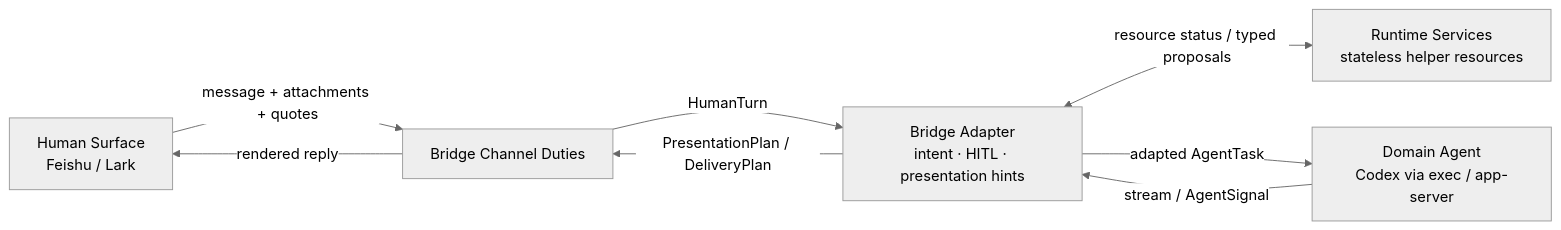
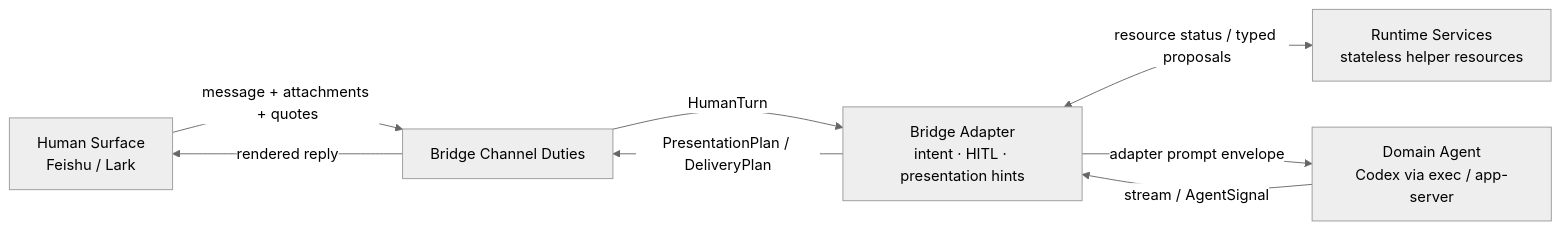
Before and after one commit to cloudsbeyond/agent-interaction-bridge: the third of 3 diagrams in README.md, drawn with Mermaid (neutral theme). The commit also changed other lines of this file and 5 other files, not shown here.

Commit message:
docs: align product and architecture contracts

````diff
--- a/README.md
+++ b/README.md
@@ -109,15 +122,15 @@
 ```mermaid
 flowchart LR
   human["Human Surface<br/>Feishu / Lark"]
   channel["Bridge Channel Duties"]
   adapter["Bridge Adapter<br/>intent · HITL · presentation hints"]
   runtime["Runtime Services<br/>stateless helper resources"]
   agent["Domain Agent<br/>Codex via exec / app-server"]
   human -->|"message + attachments + quotes"| channel
   channel -->|"HumanTurn"| adapter
   adapter <-->|"resource status / typed proposals"| runtime
-  adapter -->|"adapted AgentTask"| agent
+  adapter -->|"adapter prompt envelope"| agent
   agent -->|"stream / AgentSignal"| adapter
   adapter -->|"PresentationPlan / DeliveryPlan"| channel
   channel -->|"rendered reply"| human
 ```
````
